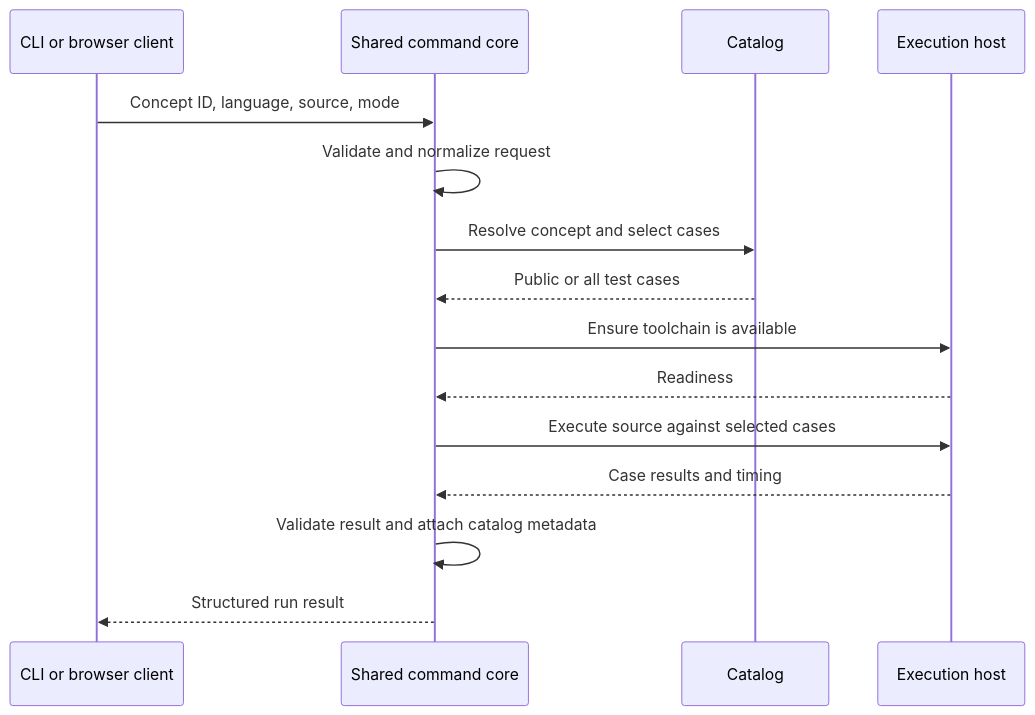
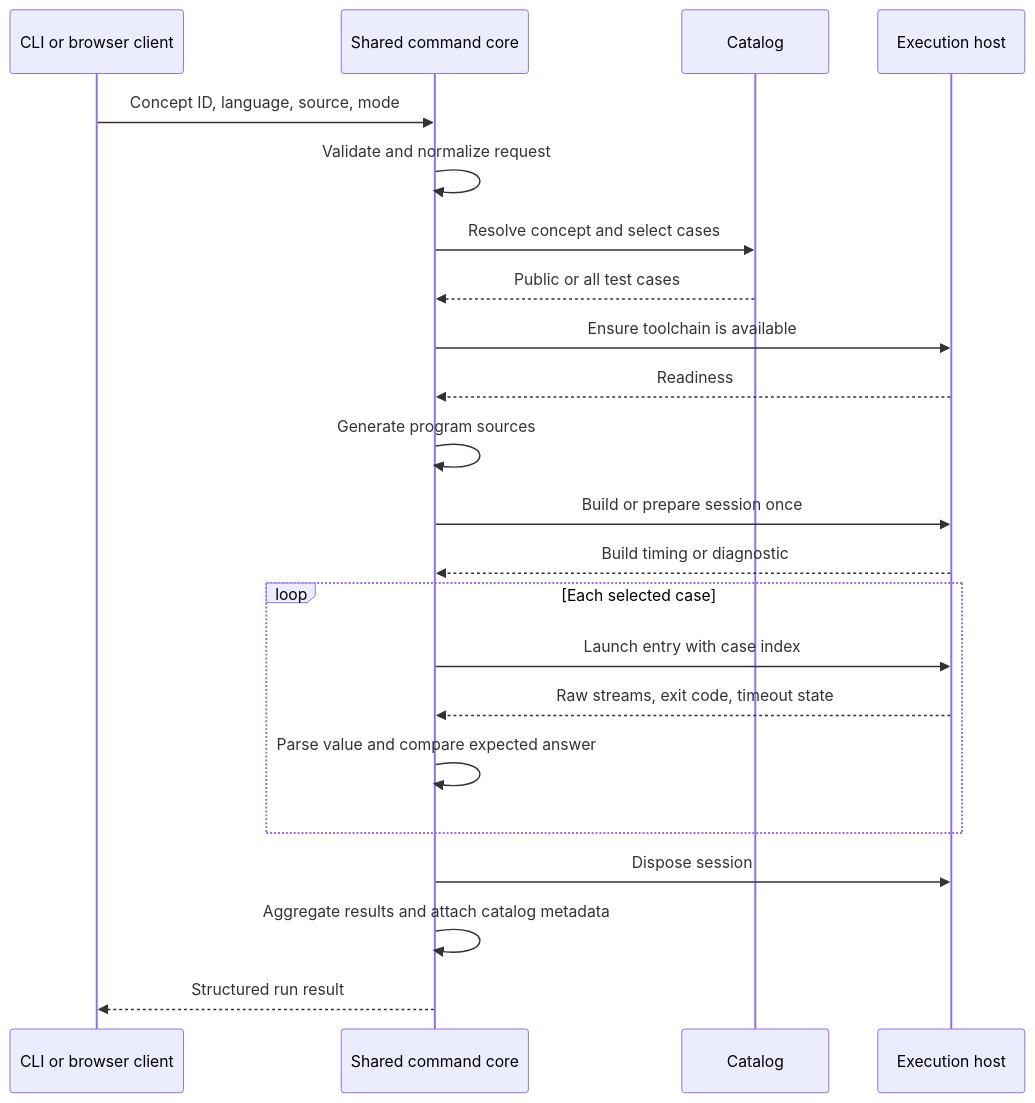
Before and after one commit to venkateshcv1809/polyglot-rosetta: the second of 2 diagrams in docs/architecture.md, drawn with Mermaid. The commit also changed other lines of this file and 4 other files, not shown here.

````diff
--- a/docs/architecture.md
+++ b/docs/architecture.md
@@ -42,17 +42,24 @@
 ```mermaid
 sequenceDiagram
     participant Client as CLI or browser client
     participant Core as Shared command core
     participant Catalog as Catalog
     participant Host as Execution host
     Client->>Core: Concept ID, language, source, mode
     Core->>Core: Validate and normalize request
     Core->>Catalog: Resolve concept and select cases
     Catalog-->>Core: Public or all test cases
     Core->>Host: Ensure toolchain is available
     Host-->>Core: Readiness
-    Core->>Host: Execute source against selected cases
-    Host-->>Core: Case results and timing
-    Core->>Core: Validate result and attach catalog metadata
+    Core->>Core: Generate program sources
+    Core->>Host: Build or prepare session once
+    Host-->>Core: Build timing or diagnostic
+    loop Each selected case
+        Core->>Host: Launch entry with case index
+        Host-->>Core: Raw streams, exit code, timeout state
+        Core->>Core: Parse value and compare expected answer
+    end
+    Core->>Host: Dispose session
+    Core->>Core: Aggregate results and attach catalog metadata
     Core-->>Client: Structured run result
 ```
````
